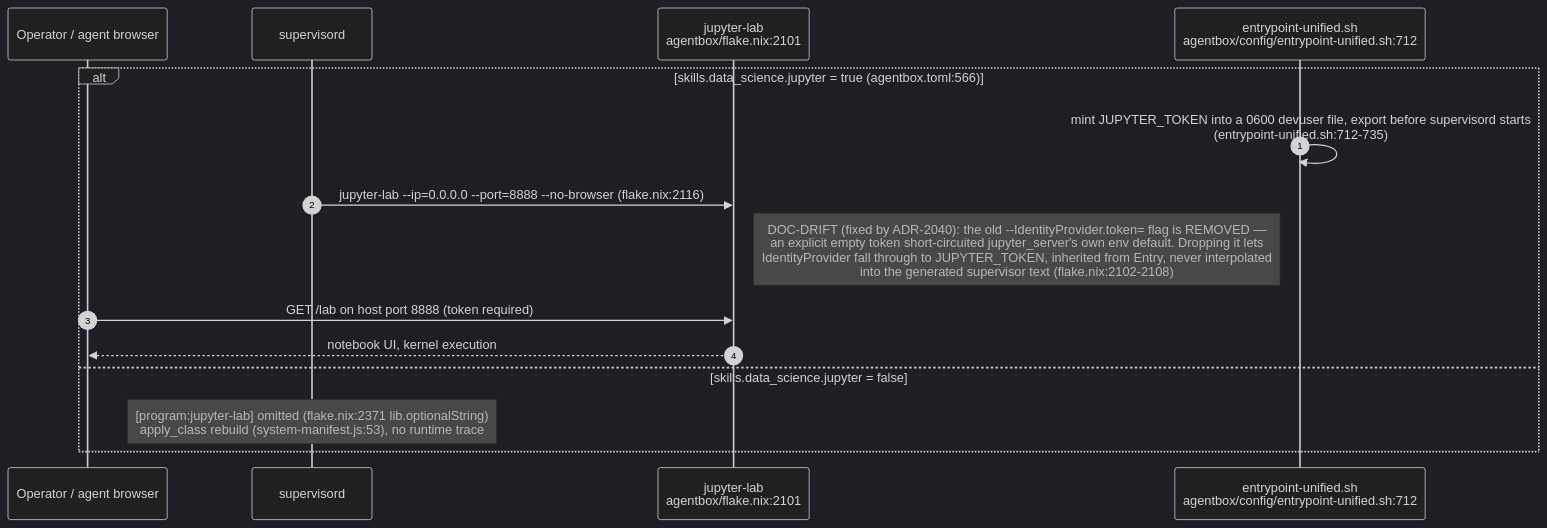
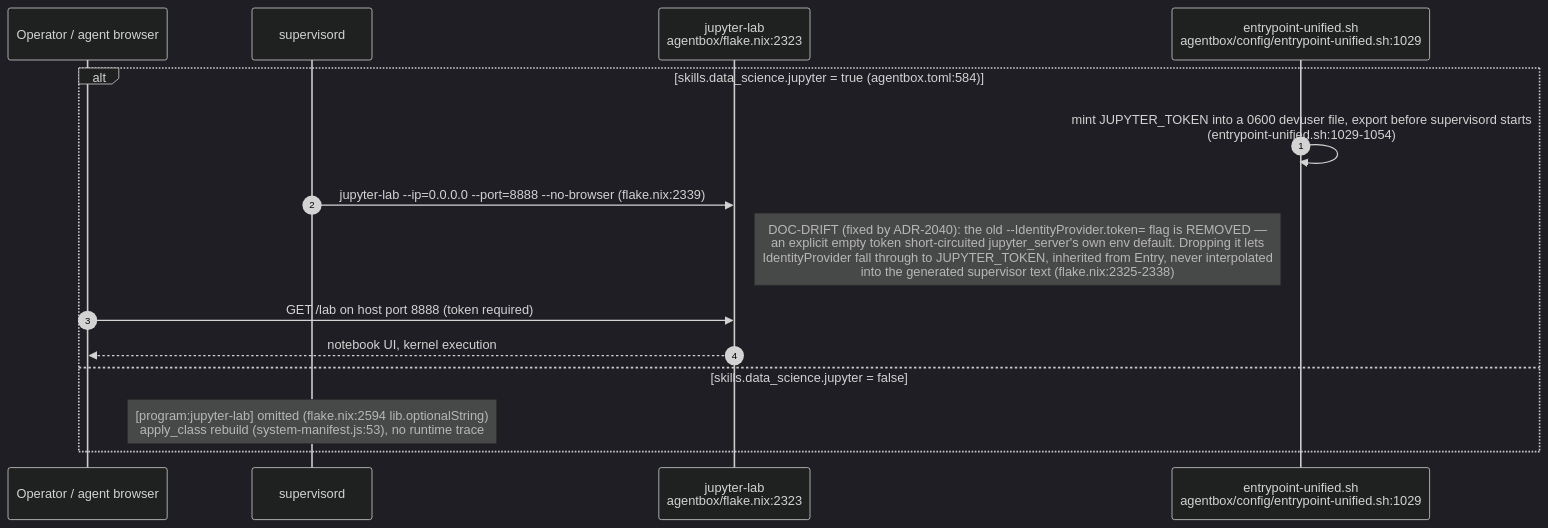
The fifth of 13 diagrams in docs/diagrams/agentbox/27-media-gpu-capability-services.md (DreamLab-AI/VisionFlow), drawn with Mermaid (dark theme) before and after one commit. The commit also changed other lines of this file and 111 other files, not shown here.

Commit message:
docs(diagrams): align estate maps with current source

````diff
--- a/docs/diagrams/agentbox/27-media-gpu-capability-services.md
+++ b/docs/diagrams/agentbox/27-media-gpu-capability-services.md
@@ -185,18 +185,18 @@
 ```mermaid
 sequenceDiagram
     autonumber
     participant Op as Operator / agent browser
     participant Sup as supervisord
-    participant Lab as jupyter-lab<br/>agentbox/flake.nix:2101
-    participant Entry as entrypoint-unified.sh<br/>agentbox/config/entrypoint-unified.sh:712
+    participant Lab as jupyter-lab<br/>agentbox/flake.nix:2323
+    participant Entry as entrypoint-unified.sh<br/>agentbox/config/entrypoint-unified.sh:1029
 
-    alt skills.data_science.jupyter = true (agentbox.toml:566)
-        Entry->>Entry: mint JUPYTER_TOKEN into a 0600 devuser file, export before supervisord starts<br/>(entrypoint-unified.sh:712-735)
-        Sup->>Lab: jupyter-lab --ip=0.0.0.0 --port=8888 --no-browser (flake.nix:2116)
-        Note right of Lab: DOC-DRIFT (fixed by ADR-2040): the old --IdentityProvider.token= flag is REMOVED —<br/>an explicit empty token short-circuited jupyter_server's own env default. Dropping it lets<br/>IdentityProvider fall through to JUPYTER_TOKEN, inherited from Entry, never interpolated<br/>into the generated supervisor text (flake.nix:2102-2108)
+    alt skills.data_science.jupyter = true (agentbox.toml:584)
+        Entry->>Entry: mint JUPYTER_TOKEN into a 0600 devuser file, export before supervisord starts<br/>(entrypoint-unified.sh:1029-1054)
+        Sup->>Lab: jupyter-lab --ip=0.0.0.0 --port=8888 --no-browser (flake.nix:2339)
+        Note right of Lab: DOC-DRIFT (fixed by ADR-2040): the old --IdentityProvider.token= flag is REMOVED —<br/>an explicit empty token short-circuited jupyter_server's own env default. Dropping it lets<br/>IdentityProvider fall through to JUPYTER_TOKEN, inherited from Entry, never interpolated<br/>into the generated supervisor text (flake.nix:2325-2338)
         Op->>Lab: GET /lab on host port 8888 (token required)
         Lab-->>Op: notebook UI, kernel execution
     else skills.data_science.jupyter = false
-        Note over Sup: [program:jupyter-lab] omitted (flake.nix:2371 lib.optionalString)<br/>apply_class rebuild (system-manifest.js:53), no runtime trace
+        Note over Sup: [program:jupyter-lab] omitted (flake.nix:2594 lib.optionalString)<br/>apply_class rebuild (system-manifest.js:53), no runtime trace
     end
 ```
````
